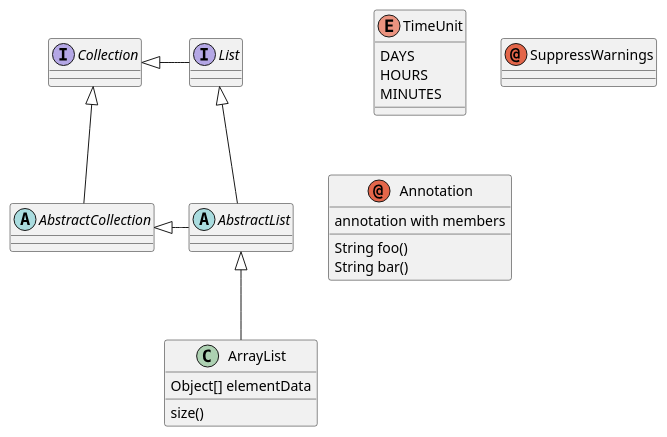
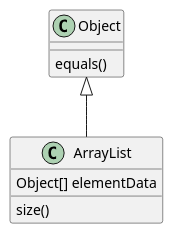
One commit to ez-connect/hugo-theme changed the third of 6 diagrams in content/en/document/introduction/plantuml.md. Above: the diagram before and after it, drawn with PlantUML. The commit also changed other lines of this file and 16 other files, not shown here.

````diff
--- a/content/en/document/introduction/plantuml.md
+++ b/content/en/document/introduction/plantuml.md
@@ -64,36 +77,10 @@
 ```plantuml
 @startuml
+Object <|-- ArrayList
 
-abstract class AbstractList
-abstract AbstractCollection
-interface List
-interface Collection
-
-List <|-- AbstractList
-Collection <|-- AbstractCollection
-
-Collection <|- List
-AbstractCollection <|- AbstractList
-AbstractList <|-- ArrayList
-
-class ArrayList {
-Object[] elementData
-size()
-}
-
-enum TimeUnit {
-DAYS
-HOURS
-MINUTES
-}
-
-annotation SuppressWarnings
-
-annotation Annotation {
-annotation with members
-String foo()
-String bar()
-}
+Object : equals()
+ArrayList : Object[] elementData
+ArrayList : size()
 
 @enduml
 ```
````
